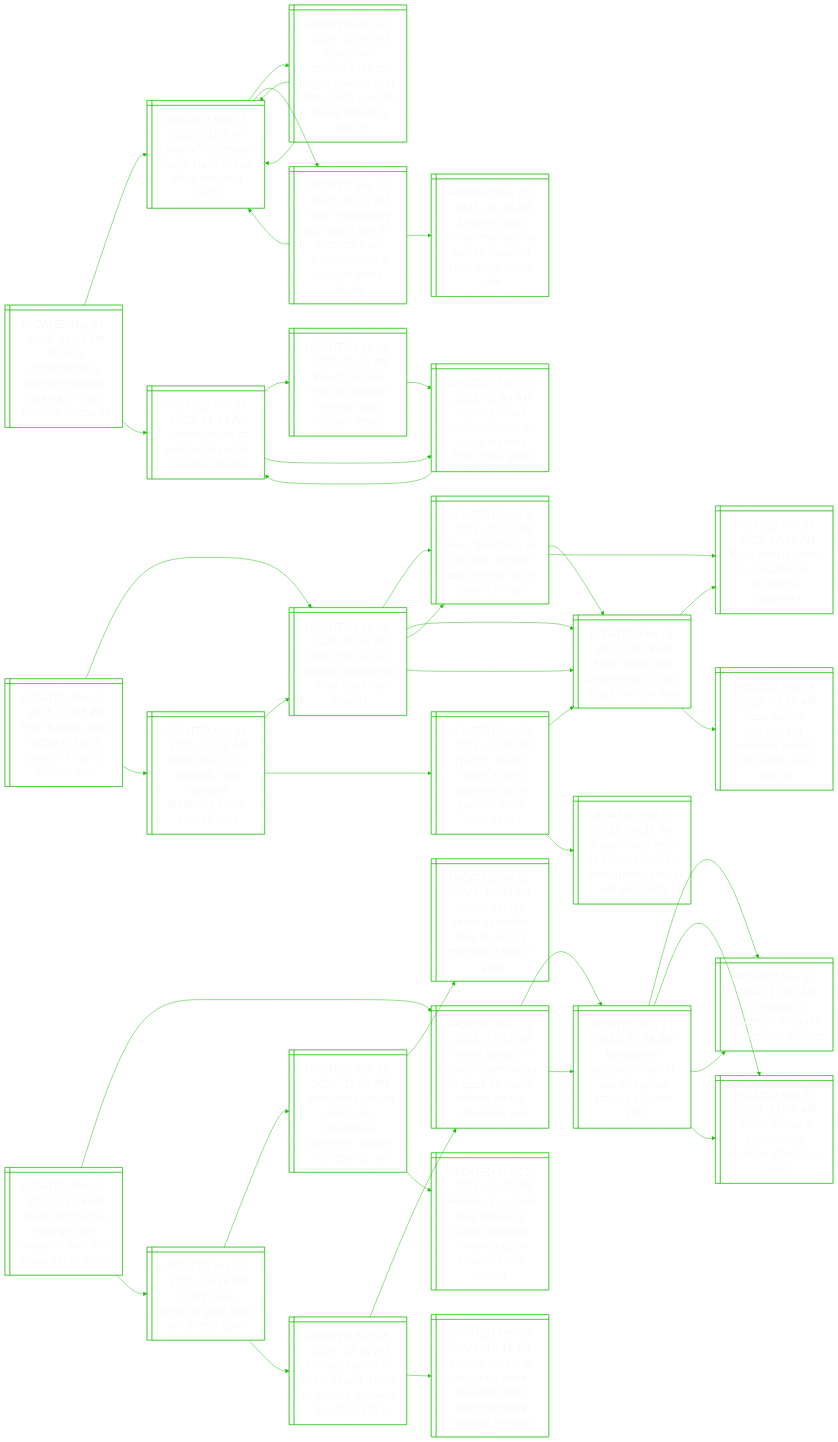
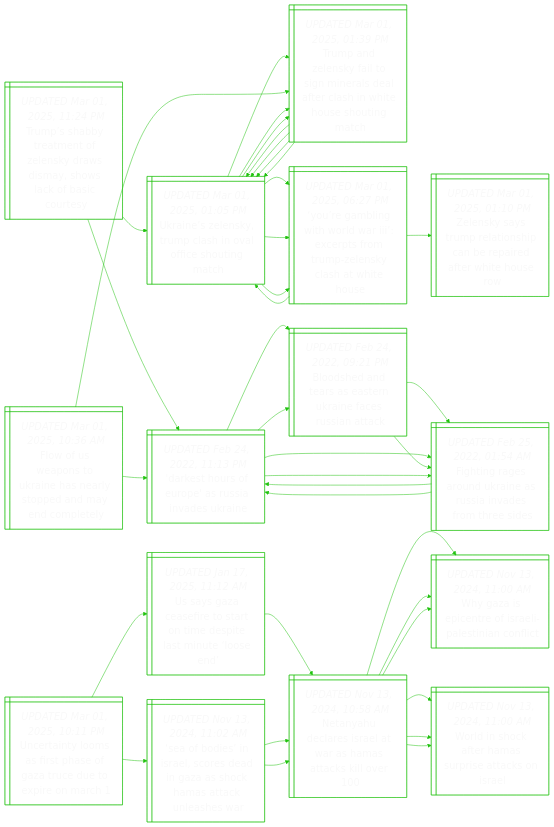
Before and after one commit to notJmes/notJmes: the diagram in README.md, drawn with Mermaid. The commit also changed other lines of this file, not shown here.

````diff
--- a/README.md
+++ b/README.md
@@ -16,8 +16,8 @@
 flowchart LR
 classDef txtsize font-size:20px;
 
-TseoterlydfnS@{ shape: win-pane, label: "_UPDATED Mar 01, 2025, 04:05 PM_
-Trump’s contemptuous attitude towards zelensky  could backfire on the us" }
+Tsbatlysawksuy@{ shape: win-pane, label: "_UPDATED Mar 01, 2025, 11:24 PM_
+Trump’s shabby treatment of zelensky draws dismay, shows lack of basic courtesy" }
 Unlyphaiogh@{ shape: win-pane, label: "_UPDATED Mar 01, 2025, 01:05 PM_
 Ukraine’s zelensky, trump clash in oval office shouting match" }
 TalytnretaWHsit@{ shape: win-pane, label: "_UPDATED Mar 01, 2025, 01:39 PM_
@@ -43,67 +43,29 @@
 DsruasvUn@{ shape: win-pane, label: "_UPDATED Feb 24, 2022, 11:13 PM_
 'darkest hours of europe' as russia invades ukraine" }
 
-TseoterlydfnS:::txtsize --> Unlyphaiogh:::txtsize
+Tsbatlysawksuy:::txtsize --> Unlyphaiogh:::txtsize
 Unlyphaiogh:::txtsize --> TalytnretaWHsit:::txtsize
 TalytnretaWHsit:::txtsize --> Unlyphaiogh:::txtsize
 TalytnretaWHsit:::txtsize --> Unlyphaiogh:::txtsize
 Unlyphaiogh:::txtsize --> YgitlIcsTZsaWH:::txtsize
 YgitlIcsTZsaWH:::txtsize --> Unlyphaiogh:::txtsize
 YgitlIcsTZsaWH:::txtsize --> Zsymasaeeets:::txtsize
-TseoterlydfnS:::txtsize --> DsruasvUn:::txtsize
+Tsbatlysawksuy:::txtsize --> DsruasvUn:::txtsize
 DsruasvUn:::txtsize --> Bsnranicsak:::txtsize
 Bsnranicsak:::txtsize --> Figokesnsts:::txtsize
 DsruasvUn:::txtsize --> Figokesnsts:::txtsize
 Figokesnsts:::txtsize --> DsruasvUn:::txtsize
 
-PrsradcnVas@{ shape: win-pane, label: "_UPDATED Mar 01, 2025, 07:45 PM_
-Pope francis, after setback, had a peaceful night, vatican says" }
-Prsopohet@{ shape: win-pane, label: "_UPDATED Feb 19, 2025, 08:34 PM_
-Pope francis has double pneumonia - what does that mean?" }
-Prihnieiaei@{ shape: win-pane, label: "_UPDATED Feb 19, 2025, 07:10 PM_
-Pope ‘breathing on his own’ despite pneumonia, had a ‘peaceful night’" }
-Prsnnbuan@{ shape: win-pane, label: "_UPDATED Feb 19, 2025, 04:29 PM_
-Pope francis has pneumonia in both lungs, vatican says" }
-Prsnslrire@{ shape: win-pane, label: "_UPDATED Feb 14, 2025, 07:10 PM_
-Pope francis taken to hospital for bronchitis treatment" }
-Prsnnbuan@{ shape: win-pane, label: "_UPDATED Feb 19, 2025, 04:29 PM_
-Pope francis has pneumonia in both lungs, vatican says" }
-Prsnslrire@{ shape: win-pane, label: "_UPDATED Feb 14, 2025, 07:10 PM_
-Pope francis taken to hospital for bronchitis treatment" }
-Parnwnnnesc@{ shape: win-pane, label: "_UPDATED Feb 19, 2025, 03:26 AM_
-Pope eating, reading but weekend events cancelled, says vatican" }
-Prsthodtcscy@{ shape: win-pane, label: "_UPDATED Mar 01, 2025, 03:05 AM_
-Pope francis, in setback, had ‘isolated’ breathing crisis, vatican says" }
-Prsopohet@{ shape: win-pane, label: "_UPDATED Feb 19, 2025, 08:34 PM_
-Pope francis has double pneumonia - what does that mean?" }
-Prihnieiaei@{ shape: win-pane, label: "_UPDATED Feb 19, 2025, 07:10 PM_
-Pope ‘breathing on his own’ despite pneumonia, had a ‘peaceful night’" }
-Prsnnbuan@{ shape: win-pane, label: "_UPDATED Feb 19, 2025, 04:29 PM_
-Pope francis has pneumonia in both lungs, vatican says" }
-Finaaqiortpt@{ shape: win-pane, label: "_UPDATED Feb 28, 2025, 03:38 PM_
-Francis’ illness raises a hard question: who governs if the pope can’t?" }
-Prsnnbuan@{ shape: win-pane, label: "_UPDATED Feb 19, 2025, 04:29 PM_
-Pope francis has pneumonia in both lungs, vatican says" }
-PrsssTsgoilb@{ shape: win-pane, label: "_UPDATED Feb 11, 2025, 09:36 PM_
-Pope francis tells us bishops trump’s immigration policy ‘will end badly’" }
-
-PrsradcnVas:::txtsize --> Prsopohet:::txtsize
-Prsopohet:::txtsize --> Prihnieiaei:::txtsize
-Prihnieiaei:::txtsize --> Prsnnbuan:::txtsize
-Prihnieiaei:::txtsize --> Prsnslrire:::txtsize
-Prsopohet:::txtsize --> Prsnnbuan:::txtsize
-Prsnnbuan:::txtsize --> Prsnslrire:::txtsize
-Prsnnbuan:::txtsize --> Parnwnnnesc:::txtsize
-PrsradcnVas:::txtsize --> Prsthodtcscy:::txtsize
-Prsthodtcscy:::txtsize --> Prsopohet:::txtsize
-Prsopohet:::txtsize --> Prihnieiaei:::txtsize
-Prsopohet:::txtsize --> Prsnnbuan:::txtsize
-Prsthodtcscy:::txtsize --> Finaaqiortpt:::txtsize
-Finaaqiortpt:::txtsize --> Prsnnbuan:::txtsize
-Finaaqiortpt:::txtsize --> PrsssTsgoilb:::txtsize
-
-Ilaiecfiratp@{ shape: win-pane, label: "_UPDATED Mar 01, 2025, 01:29 AM_
-Israel and hamas diverge over ceasefire with first phase set to expire" }
+UtysraGruxoc@{ shape: win-pane, label: "_UPDATED Mar 01, 2025, 10:11 PM_
+Uncertainty looms as first phase of gaza truce due to expire on march 1" }
+Uscfotmpanon@{ shape: win-pane, label: "_UPDATED Jan 17, 2025, 11:12 AM_
+Us says gaza ceasefire to start on time despite last minute ‘loose end’" }
+NyeeawHakl@{ shape: win-pane, label: "_UPDATED Nov 13, 2024, 10:58 AM_
+Netanyahu declares israel at war as hamas attacks kill over 100" }
+WzptIleint@{ shape: win-pane, label: "_UPDATED Nov 13, 2024, 11:00 AM_
+Why gaza is epicentre of israeli-palestinian conflict" }
+Wiceapaks@{ shape: win-pane, label: "_UPDATED Nov 13, 2024, 11:00 AM_
+World in shock after hamas surprise attacks on israel" }
 Sbsrcdnacaale@{ shape: win-pane, label: "_UPDATED Nov 13, 2024, 11:02 AM_
 ‘sea of bodies’ in israel, scores dead in gaza as shock hamas attack unleashes war" }
 NyeeawHakl@{ shape: win-pane, label: "_UPDATED Nov 13, 2024, 10:58 AM_
@@ -118,34 +80,57 @@
 Why gaza is epicentre of israeli-palestinian conflict" }
 Wiceapaks@{ shape: win-pane, label: "_UPDATED Nov 13, 2024, 11:00 AM_
 World in shock after hamas surprise attacks on israel" }
-Tsngtaeo@{ shape: win-pane, label: "_UPDATED Feb 28, 2025, 04:16 PM_
-Trump says ongoing gaza talks are ‘pretty good’" }
-Easiaaidnedeg@{ shape: win-pane, label: "_UPDATED Feb 11, 2025, 12:03 PM_
-‘emaciated’ israeli hostages, palestinian detainees ‘deeply distressing’: un" }
-Ilshedoooia@{ shape: win-pane, label: "_UPDATED Jan 16, 2025, 05:35 PM_
-Israel, hamas reach ceasefire deal to end 15 months of war in gaza" }
-Hstseirhgrgcfnu@{ shape: win-pane, label: "_UPDATED Feb 11, 2025, 03:30 PM_
-Hamas says it will stop releasing israeli hostages, throwing gaza ceasefire into doubt" }
-MaqiayattiaO@{ shape: win-pane, label: "_UPDATED Feb 28, 2025, 07:54 PM_
-Military inquiry in israel says it ‘failed to protect’ civilians on oct 7, 2023" }
-Sbsrcdnacaale@{ shape: win-pane, label: "_UPDATED Nov 13, 2024, 11:02 AM_
-‘sea of bodies’ in israel, scores dead in gaza as shock hamas attack unleashes war" }
-Hstarcfafeisrn@{ shape: win-pane, label: "_UPDATED Feb 27, 2025, 10:16 PM_
-Hamas says it is ready for more ceasefire talks after releasing hostage remains" }
 
-Ilaiecfiratp:::txtsize --> Sbsrcdnacaale:::txtsize
+UtysraGruxoc:::txtsize --> Uscfotmpanon:::txtsize
+Uscfotmpanon:::txtsize --> NyeeawHakl:::txtsize
+NyeeawHakl:::txtsize --> WzptIleint:::txtsize
+NyeeawHakl:::txtsize --> Wiceapaks:::txtsize
+UtysraGruxoc:::txtsize --> Sbsrcdnacaale:::txtsize
 Sbsrcdnacaale:::txtsize --> NyeeawHakl:::txtsize
 NyeeawHakl:::txtsize --> WzptIleint:::txtsize
 NyeeawHakl:::txtsize --> Wiceapaks:::txtsize
 Sbsrcdnacaale:::txtsize --> NyeeawHakl:::txtsize
 NyeeawHakl:::txtsize --> WzptIleint:::txtsize
 NyeeawHakl:::txtsize --> Wiceapaks:::txtsize
-Ilaiecfiratp:::txtsize --> Tsngtaeo:::txtsize
-Tsngtaeo:::txtsize --> Easiaaidnedeg:::txtsize
-Easiaaidnedeg:::txtsize --> Ilshedoooia:::txtsize
-Easiaaidnedeg:::txtsize --> Hstseirhgrgcfnu:::txtsize
-Tsngtaeo:::txtsize --> MaqiayattiaO:::txtsize
-MaqiayattiaO:::txtsize --> Sbsrcdnacaale:::txtsize
-MaqiayattiaO:::txtsize --> Hstarcfafeisrn:::txtsize
+
+Ffataaroayot@{ shape: win-pane, label: "_UPDATED Mar 01, 2025, 10:36 AM_
+Flow of us weapons to ukraine has nearly stopped and may end completely" }
+TalytnretaWHsit@{ shape: win-pane, label: "_UPDATED Mar 01, 2025, 01:39 PM_
+Trump and zelensky fail to sign minerals deal after clash in white house shouting match" }
+Unlyphaiogh@{ shape: win-pane, label: "_UPDATED Mar 01, 2025, 01:05 PM_
+Ukraine’s zelensky, trump clash in oval office shouting match" }
+TalytnretaWHsit@{ shape: win-pane, label: "_UPDATED Mar 01, 2025, 01:39 PM_
+Trump and zelensky fail to sign minerals deal after clash in white house shouting match" }
+YgitlIcsTZsaWH@{ shape: win-pane, label: "_UPDATED Mar 01, 2025, 06:27 PM_
+‘you’re gambling with world war iii’: excerpts from trump-zelensky clash at white house" }
+Unlyphaiogh@{ shape: win-pane, label: "_UPDATED Mar 01, 2025, 01:05 PM_
+Ukraine’s zelensky, trump clash in oval office shouting match" }
+TalytnretaWHsit@{ shape: win-pane, label: "_UPDATED Mar 01, 2025, 01:39 PM_
+Trump and zelensky fail to sign minerals deal after clash in white house shouting match" }
+YgitlIcsTZsaWH@{ shape: win-pane, label: "_UPDATED Mar 01, 2025, 06:27 PM_
+‘you’re gambling with world war iii’: excerpts from trump-zelensky clash at white house" }
+DsruasvUn@{ shape: win-pane, label: "_UPDATED Feb 24, 2022, 11:13 PM_
+'darkest hours of europe' as russia invades ukraine" }
+Bsnranicsak@{ shape: win-pane, label: "_UPDATED Feb 24, 2022, 09:21 PM_
+Bloodshed and tears as eastern ukraine faces russian attack" }
+Figokesnsts@{ shape: win-pane, label: "_UPDATED Feb 25, 2022, 01:54 AM_
+Fighting rages around ukraine as russia invades from three sides" }
+Figokesnsts@{ shape: win-pane, label: "_UPDATED Feb 25, 2022, 01:54 AM_
+Fighting rages around ukraine as russia invades from three sides" }
+DsruasvUn@{ shape: win-pane, label: "_UPDATED Feb 24, 2022, 11:13 PM_
+'darkest hours of europe' as russia invades ukraine" }
+
+Ffataaroayot:::txtsize --> TalytnretaWHsit:::txtsize
+TalytnretaWHsit:::txtsize --> Unlyphaiogh:::txtsize
+Unlyphaiogh:::txtsize --> TalytnretaWHsit:::txtsize
+Unlyphaiogh:::txtsize --> YgitlIcsTZsaWH:::txtsize
+TalytnretaWHsit:::txtsize --> Unlyphaiogh:::txtsize
+Unlyphaiogh:::txtsize --> TalytnretaWHsit:::txtsize
+Unlyphaiogh:::txtsize --> YgitlIcsTZsaWH:::txtsize
+Ffataaroayot:::txtsize --> DsruasvUn:::txtsize
+DsruasvUn:::txtsize --> Bsnranicsak:::txtsize
+Bsnranicsak:::txtsize --> Figokesnsts:::txtsize
+DsruasvUn:::txtsize --> Figokesnsts:::txtsize
+Figokesnsts:::txtsize --> DsruasvUn:::txtsize
 
 ```
````
